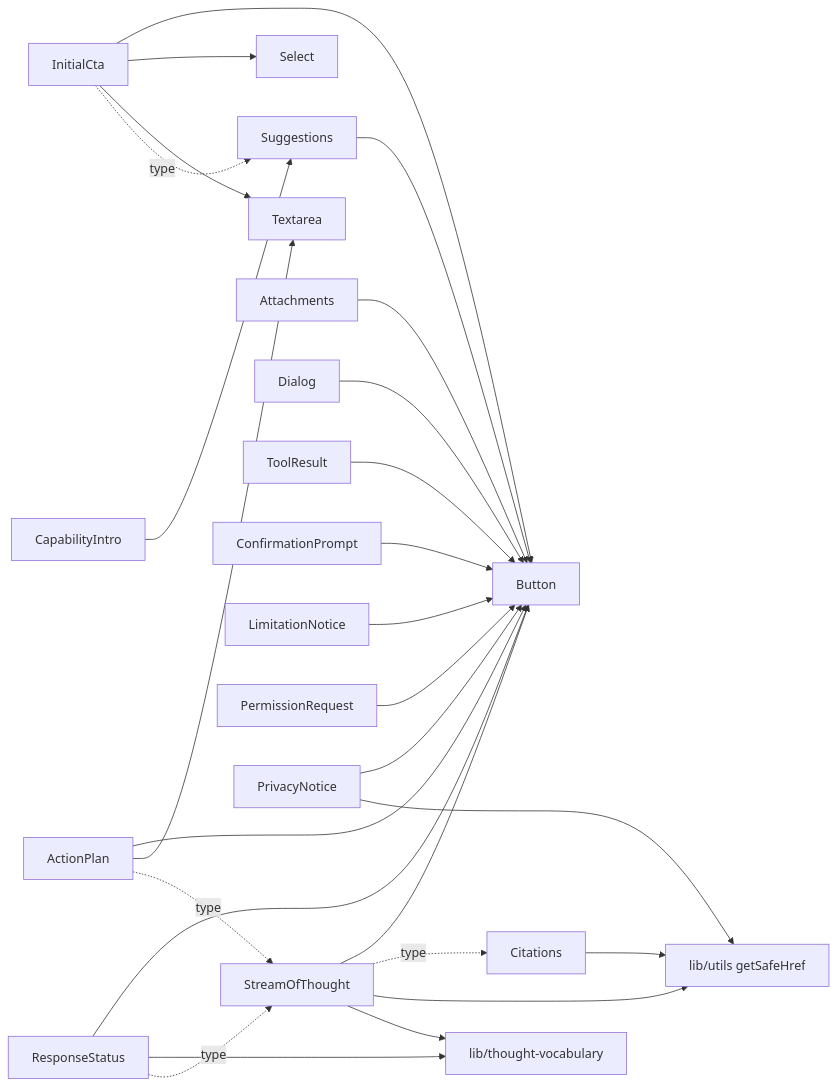
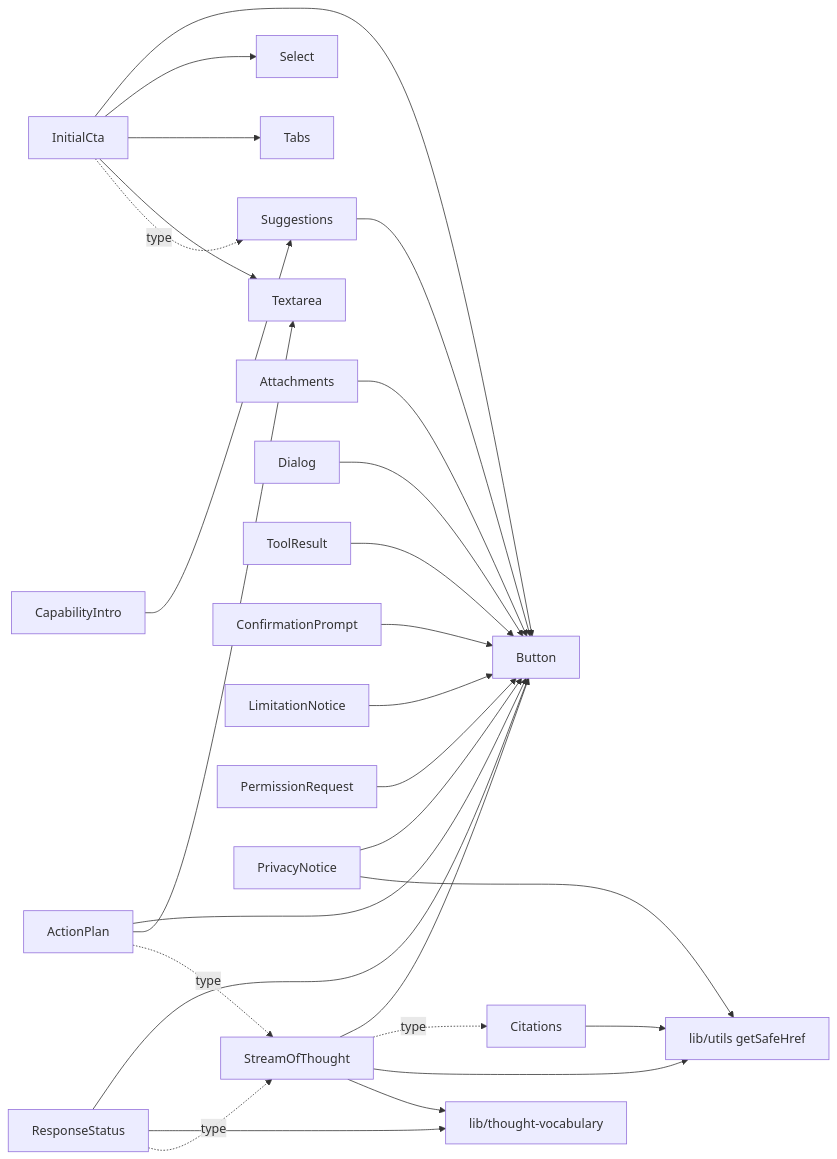
One commit to amaltapalov/conversational-ai-components changed the diagram in CONTEXT.md. Above: the diagram before and after it, drawn with Mermaid. The commit also changed other lines of this file and 17 other files, not shown here.

````diff
--- a/CONTEXT.md
+++ b/CONTEXT.md
@@ -101,28 +102,29 @@
 ```mermaid
 graph LR
   CapabilityIntro --> Suggestions
   InitialCta --> Button
   InitialCta --> Select
+  InitialCta --> Tabs
   InitialCta --> Textarea
   InitialCta -. type .-> Suggestions
   Suggestions --> Button
   StreamOfThought --> Button
   StreamOfThought -. type .-> Citations
   Citations --> utils[lib/utils getSafeHref]
   StreamOfThought --> utils
   StreamOfThought --> vocab[lib/thought-vocabulary]
   ResponseStatus --> Button
   ResponseStatus --> vocab
   ResponseStatus -. type .-> StreamOfThought
   Attachments --> Button
   ActionPlan --> Button
   ActionPlan --> Textarea
   ActionPlan -. type .-> StreamOfThought
   Dialog --> Button
   ToolResult --> Button
   ConfirmationPrompt --> Button
   LimitationNotice --> Button
   PermissionRequest --> Button
   PrivacyNotice --> Button
   PrivacyNotice --> utils
 ```
````
